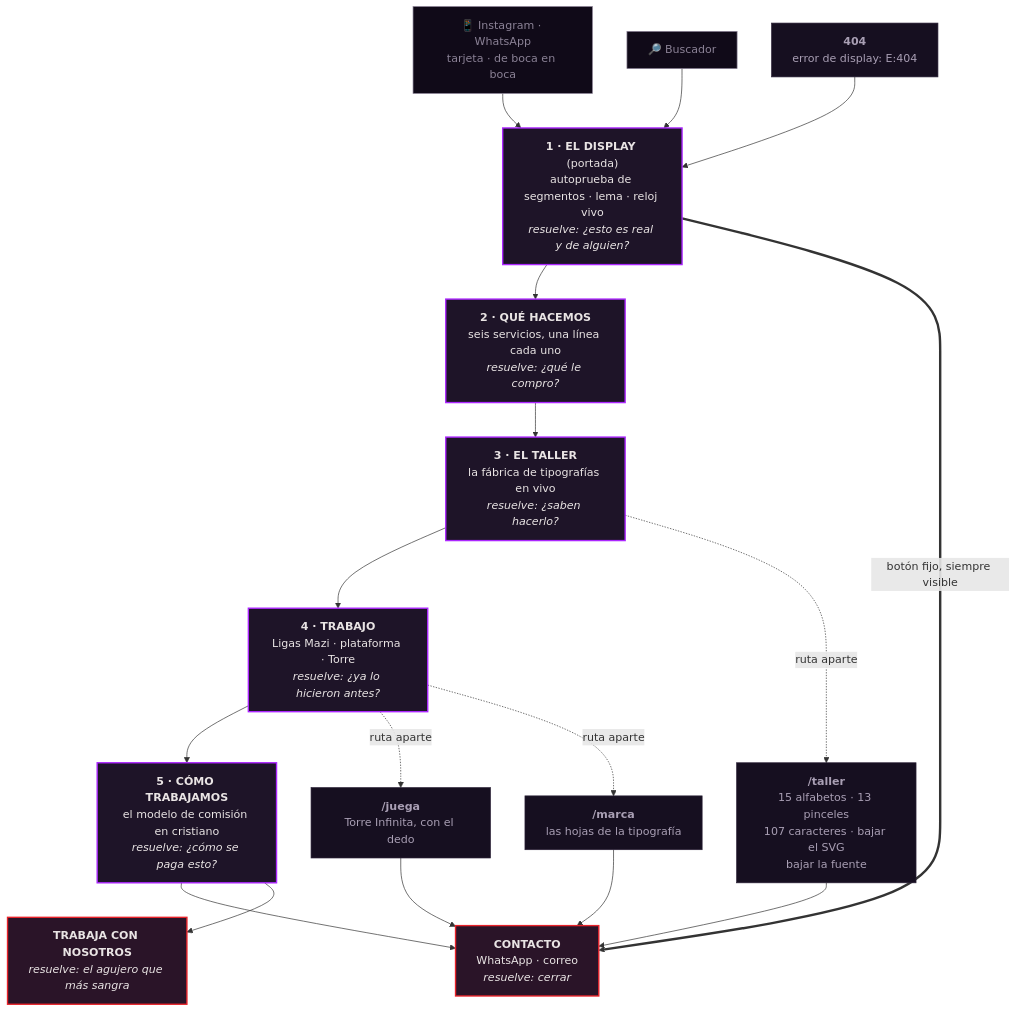
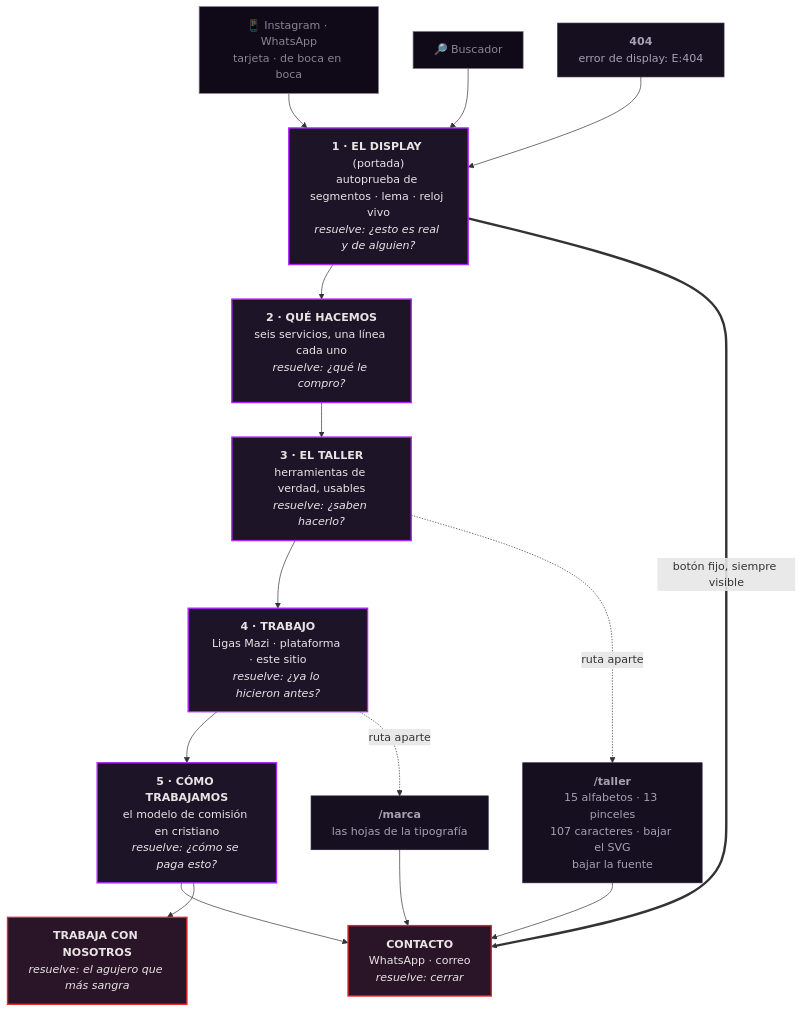
One commit to ejercitopalomazi9111-arch/mazi-central changed the diagram in sitio/PLAN.md. Above: the diagram before and after it, drawn with Mermaid. The commit also changed other lines of this file and 7 other files, not shown here.

````diff
--- a/sitio/PLAN.md
+++ b/sitio/PLAN.md
@@ -513,35 +649,33 @@
 ```mermaid
 flowchart TD
     IG["📱 Instagram · WhatsApp<br/>tarjeta · de boca en boca"] --> POR
     GG["🔎 Buscador"] --> POR
 
     POR["<b>1 · EL DISPLAY</b> (portada)<br/>autoprueba de segmentos · lema · reloj vivo<br/><i>resuelve: ¿esto es real y de alguien?</i>"]
 
     POR --> QUE["<b>2 · QUÉ HACEMOS</b><br/>seis servicios, una línea cada uno<br/><i>resuelve: ¿qué le compro?</i>"]
-    QUE --> TAL["<b>3 · EL TALLER</b><br/>la fábrica de tipografías en vivo<br/><i>resuelve: ¿saben hacerlo?</i>"]
-    TAL --> TRA["<b>4 · TRABAJO</b><br/>Ligas Mazi · plataforma · Torre<br/><i>resuelve: ¿ya lo hicieron antes?</i>"]
+    QUE --> TAL["<b>3 · EL TALLER</b><br/>herramientas de verdad, usables<br/><i>resuelve: ¿saben hacerlo?</i>"]
+    TAL --> TRA["<b>4 · TRABAJO</b><br/>Ligas Mazi · plataforma · este sitio<br/><i>resuelve: ¿ya lo hicieron antes?</i>"]
     TRA --> COM["<b>5 · CÓMO TRABAJAMOS</b><br/>el modelo de comisión en cristiano<br/><i>resuelve: ¿cómo se paga esto?</i>"]
 
     COM --> CON["<b>CONTACTO</b><br/>WhatsApp · correo<br/><i>resuelve: cerrar</i>"]
     COM --> COL["<b>TRABAJA CON NOSOTROS</b><br/><i>resuelve: el agujero que más sangra</i>"]
 
     TAL -.->|"ruta aparte"| RTAL["<b>/taller</b><br/>15 alfabetos · 13 pinceles<br/>107 caracteres · bajar el SVG<br/>bajar la fuente"]
-    TRA -.->|"ruta aparte"| RJUE["<b>/juega</b><br/>Torre Infinita, con el dedo"]
     TRA -.->|"ruta aparte"| RMAR["<b>/marca</b><br/>las hojas de la tipografía"]
 
     POR ==>|"botón fijo, siempre visible"| CON
     RTAL --> CON
-    RJUE --> CON
     RMAR --> CON
 
     E404["<b>404</b><br/>error de display: E:404"] --> POR
 
     classDef principal fill:#1E1428,stroke:#AC27FF,stroke-width:2px,color:#E9E4E4
     classDef ruta fill:#160F20,stroke:#2A2036,stroke-width:1px,color:#A99FB4
     classDef entra fill:#100A18,stroke:#8B8296,stroke-width:1px,color:#8B8296
     classDef cierra fill:#2A1428,stroke:#E8232A,stroke-width:2px,color:#E9E4E4
     class POR,QUE,TAL,TRA,COM principal
-    class RTAL,RJUE,RMAR,E404 ruta
+    class RTAL,RMAR,E404 ruta
     class IG,GG entra
     class CON,COL cierra
 ```
````
